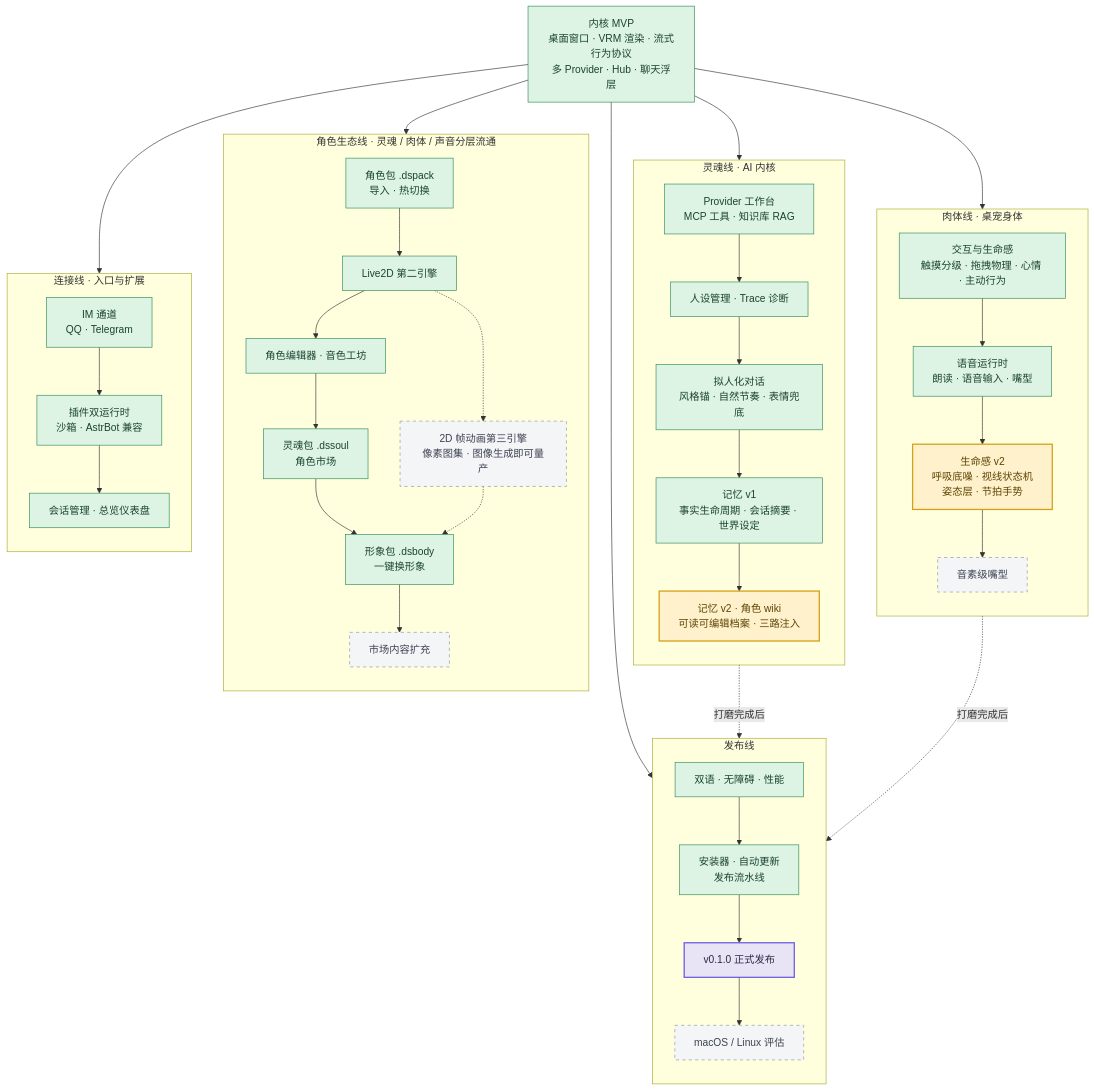
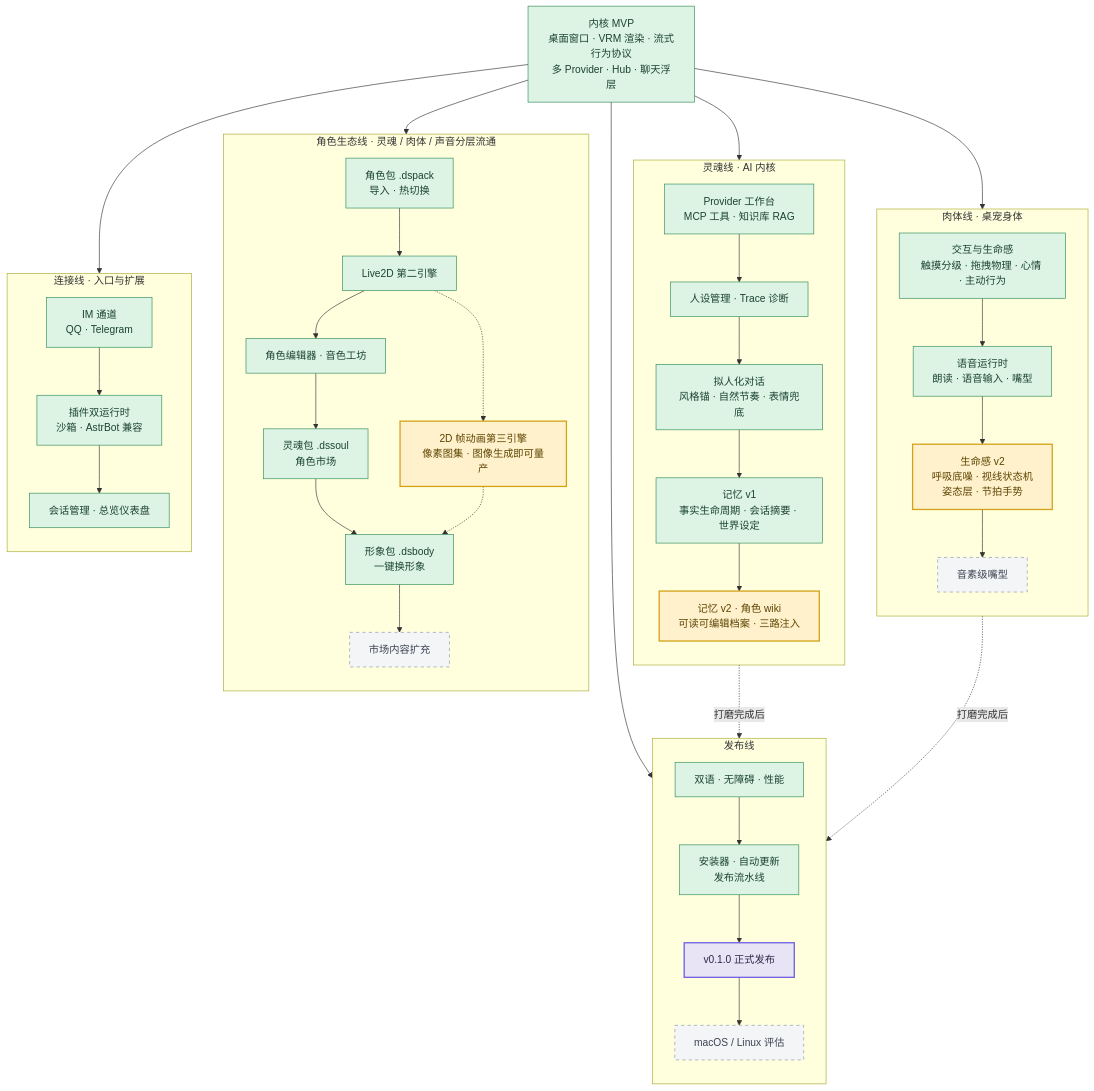
Before and after one commit to Furina-he/OpenPet: the second of 2 diagrams in README.md, drawn with Mermaid. The commit also changed 7 other files, not shown here.

````diff
--- a/README.md
+++ b/README.md
@@ -235,68 +235,68 @@
 ```mermaid
 flowchart TB
   classDef done fill:#DDF3E4,stroke:#2E8B57,color:#1B4332
   classDef active fill:#FFF1CC,stroke:#D4A017,color:#5C4300,stroke-width:2px
   classDef plan fill:#F4F5F7,stroke:#8A94A6,color:#3B4252,stroke-dasharray: 5 5
   classDef gate fill:#E8E4F5,stroke:#6C5CE7,color:#2D2A4A,stroke-width:2px
 
   MVP["内核 MVP<br/>桌面窗口 · VRM 渲染 · 流式行为协议<br/>多 Provider · Hub · 聊天浮层"]:::done
 
   subgraph BODY["肉体线 · 桌宠身体"]
     direction TB
     B1["交互与生命感<br/>触摸分级 · 拖拽物理 · 心情 · 主动行为"]:::done
     B2["语音运行时<br/>朗读 · 语音输入 · 嘴型"]:::done
     B3["生命感 v2<br/>呼吸底噪 · 视线状态机<br/>姿态层 · 节拍手势"]:::active
     B5["音素级嘴型"]:::plan
     B1 --> B2 --> B3
     B3 --> B5
   end
 
   subgraph SOUL["灵魂线 · AI 内核"]
     direction TB
     S1["Provider 工作台<br/>MCP 工具 · 知识库 RAG"]:::done
     S2["人设管理 · Trace 诊断"]:::done
     S3["拟人化对话<br/>风格锚 · 自然节奏 · 表情兜底"]:::done
     S4["记忆 v1<br/>事实生命周期 · 会话摘要 · 世界设定"]:::done
     S5["记忆 v2 · 角色 wiki<br/>可读可编辑档案 · 三路注入"]:::active
     S1 --> S2 --> S3 --> S4 --> S5
   end
 
   subgraph ECO["角色生态线 · 灵魂 / 肉体 / 声音分层流通"]
     direction TB
     E1["角色包 .dspack<br/>导入 · 热切换"]:::done
     E2["Live2D 第二引擎"]:::done
-    E7["2D 帧动画第三引擎<br/>像素图集 · 图像生成即可量产"]:::plan
+    E7["2D 帧动画第三引擎<br/>像素图集 · 图像生成即可量产"]:::active
     E3["角色编辑器 · 音色工坊"]:::done
     E4["灵魂包 .dssoul<br/>角色市场"]:::done
     E5["形象包 .dsbody<br/>一键换形象"]:::done
     E6["市场内容扩充"]:::plan
     E1 --> E2 --> E3 --> E4 --> E5 --> E6
     E2 -.-> E7
     E7 -.-> E5
   end
 
   subgraph LINK["连接线 · 入口与扩展"]
     direction TB
     L1["IM 通道<br/>QQ · Telegram"]:::done
     L2["插件双运行时<br/>沙箱 · AstrBot 兼容"]:::done
     L3["会话管理 · 总览仪表盘"]:::done
     L1 --> L2 --> L3
   end
 
   subgraph SHIP["发布线"]
     direction TB
     R1["双语 · 无障碍 · 性能"]:::done
     R2["安装器 · 自动更新<br/>发布流水线"]:::done
     R3["v0.1.0 正式发布"]:::gate
     R4["macOS / Linux 评估"]:::plan
     R1 --> R2 --> R3 --> R4
   end
 
   MVP --> B1
   MVP --> S1
   MVP --> E1
   MVP --> L1
   MVP --> R1
   B3 -.打磨完成后.-> R3
   S5 -.打磨完成后.-> R3
 ```
````
